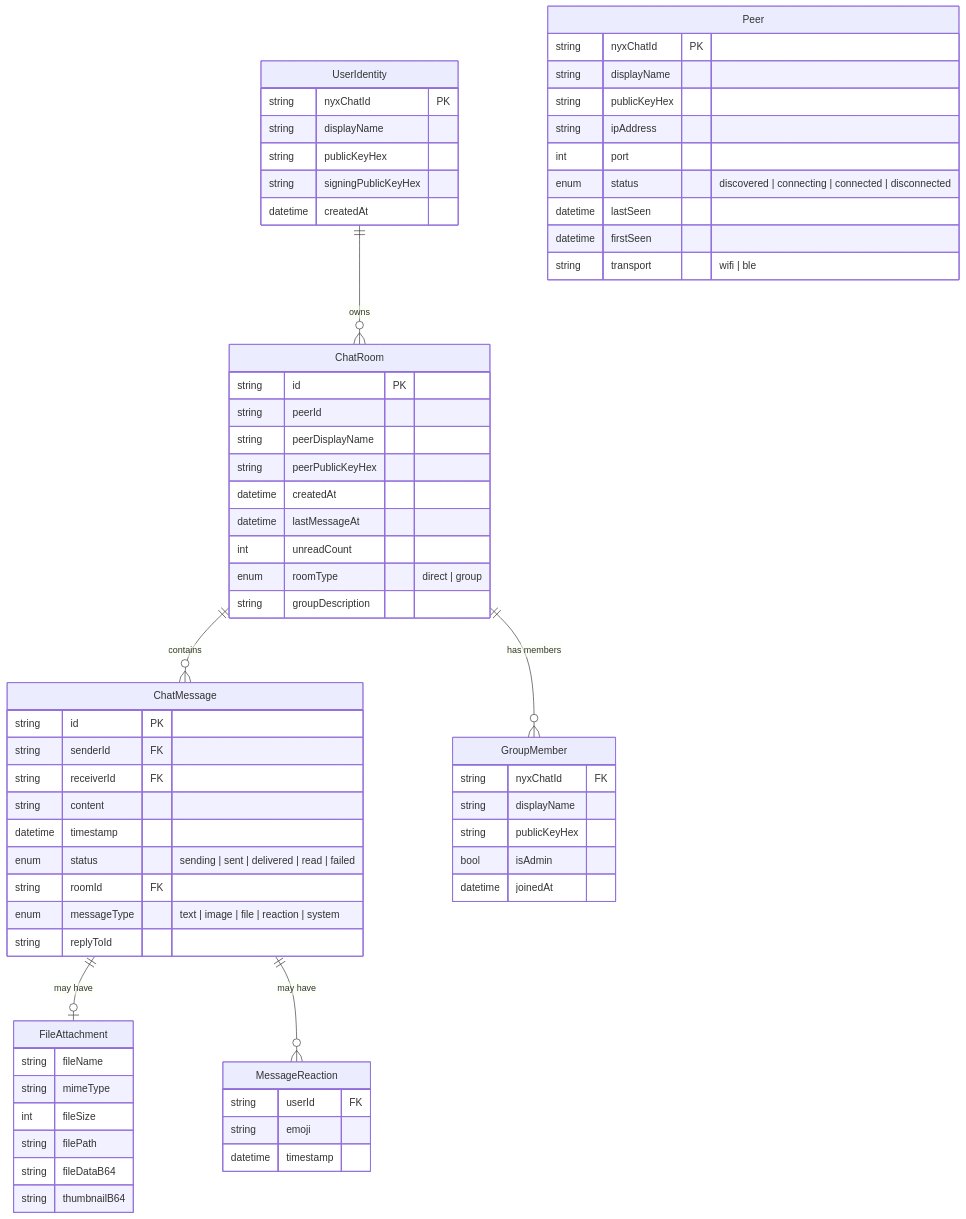
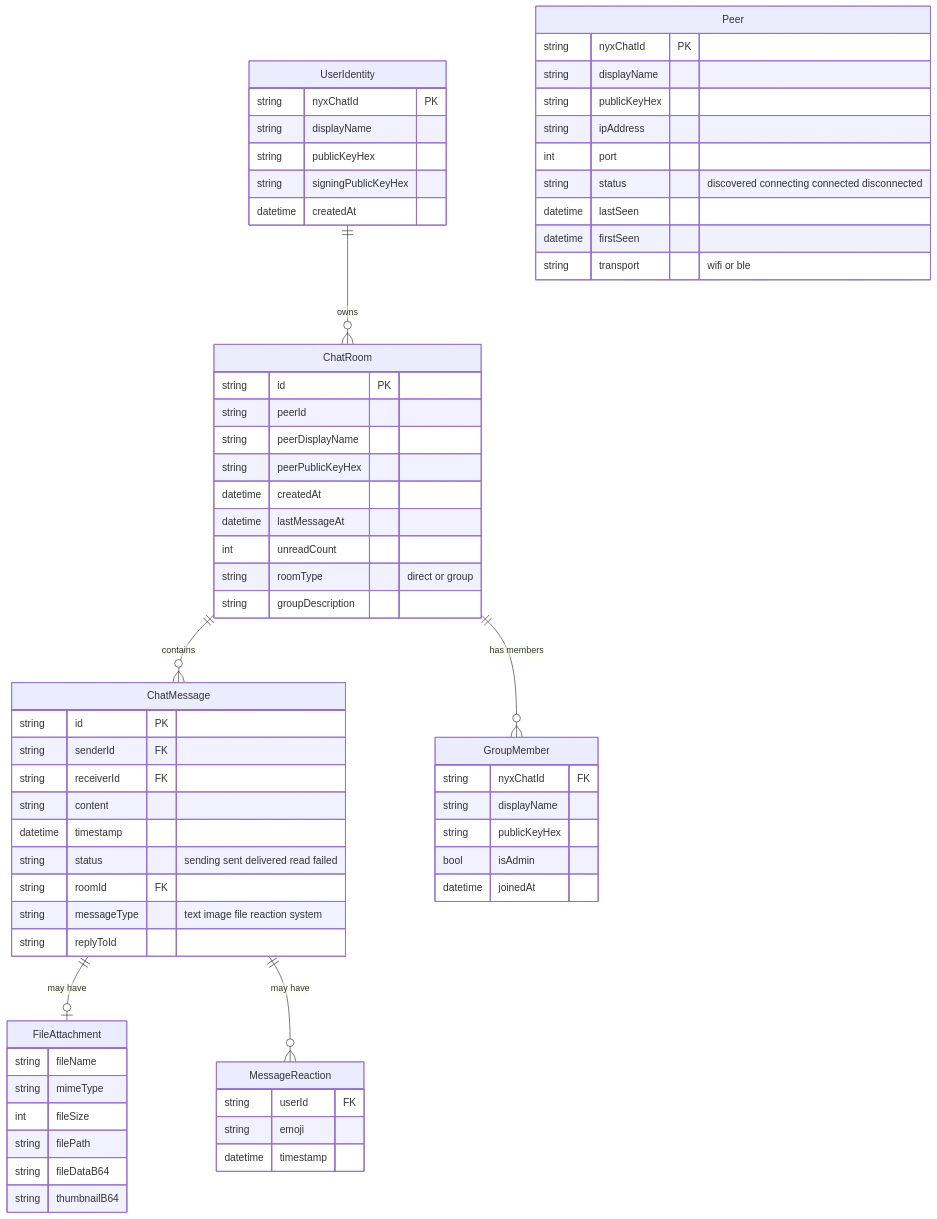
Diagram 20 of 20 in README.md (harshitt13/NyxChat), drawn with Mermaid before and after one commit.

Commit message:
fix: Update enum types to string for roomType, status, messageType, and transport in README.md

````diff
--- a/README.md
+++ b/README.md
@@ -892,75 +892,75 @@
 ```mermaid
 erDiagram
     UserIdentity {
         string nyxChatId PK
         string displayName
         string publicKeyHex
         string signingPublicKeyHex
         datetime createdAt
     }
 
     ChatRoom {
         string id PK
         string peerId
         string peerDisplayName
         string peerPublicKeyHex
         datetime createdAt
         datetime lastMessageAt
         int unreadCount
-        enum roomType "direct | group"
+        string roomType "direct or group"
         string groupDescription
     }
 
     ChatMessage {
         string id PK
         string senderId FK
         string receiverId FK
         string content
         datetime timestamp
-        enum status "sending | sent | delivered | read | failed"
+        string status "sending sent delivered read failed"
         string roomId FK
-        enum messageType "text | image | file | reaction | system"
+        string messageType "text image file reaction system"
         string replyToId
     }
 
     GroupMember {
         string nyxChatId FK
         string displayName
         string publicKeyHex
         bool isAdmin
         datetime joinedAt
     }
 
     FileAttachment {
         string fileName
         string mimeType
         int fileSize
         string filePath
         string fileDataB64
         string thumbnailB64
     }
 
     MessageReaction {
         string userId FK
         string emoji
         datetime timestamp
     }
 
     Peer {
         string nyxChatId PK
         string displayName
         string publicKeyHex
         string ipAddress
         int port
-        enum status "discovered | connecting | connected | disconnected"
+        string status "discovered connecting connected disconnected"
         datetime lastSeen
         datetime firstSeen
-        string transport "wifi | ble"
+        string transport "wifi or ble"
     }
 
     UserIdentity ||--o{ ChatRoom : "owns"
     ChatRoom ||--o{ ChatMessage : "contains"
     ChatRoom ||--o{ GroupMember : "has members"
     ChatMessage ||--o| FileAttachment : "may have"
     ChatMessage ||--o{ MessageReaction : "may have"
 ```
````
